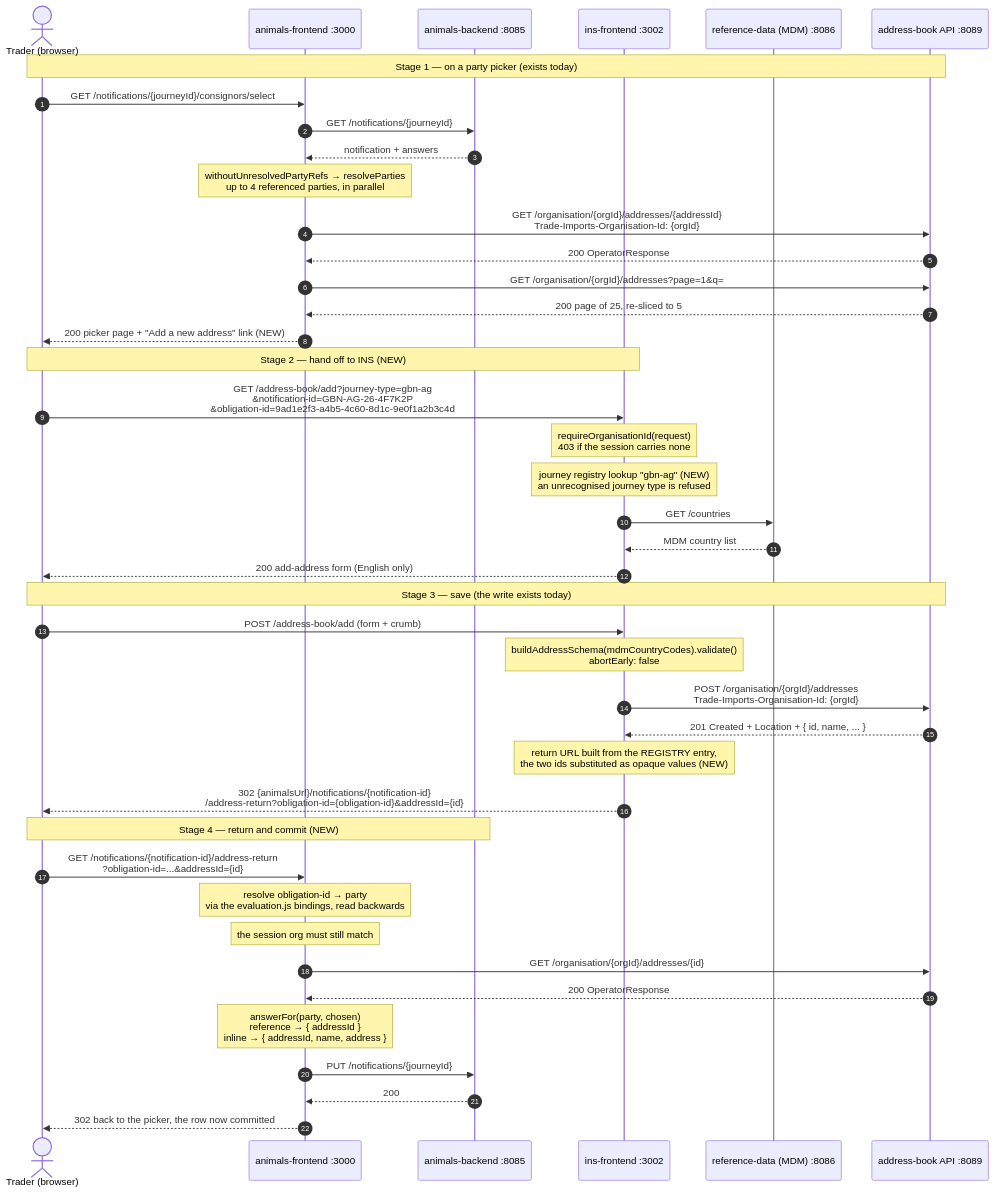
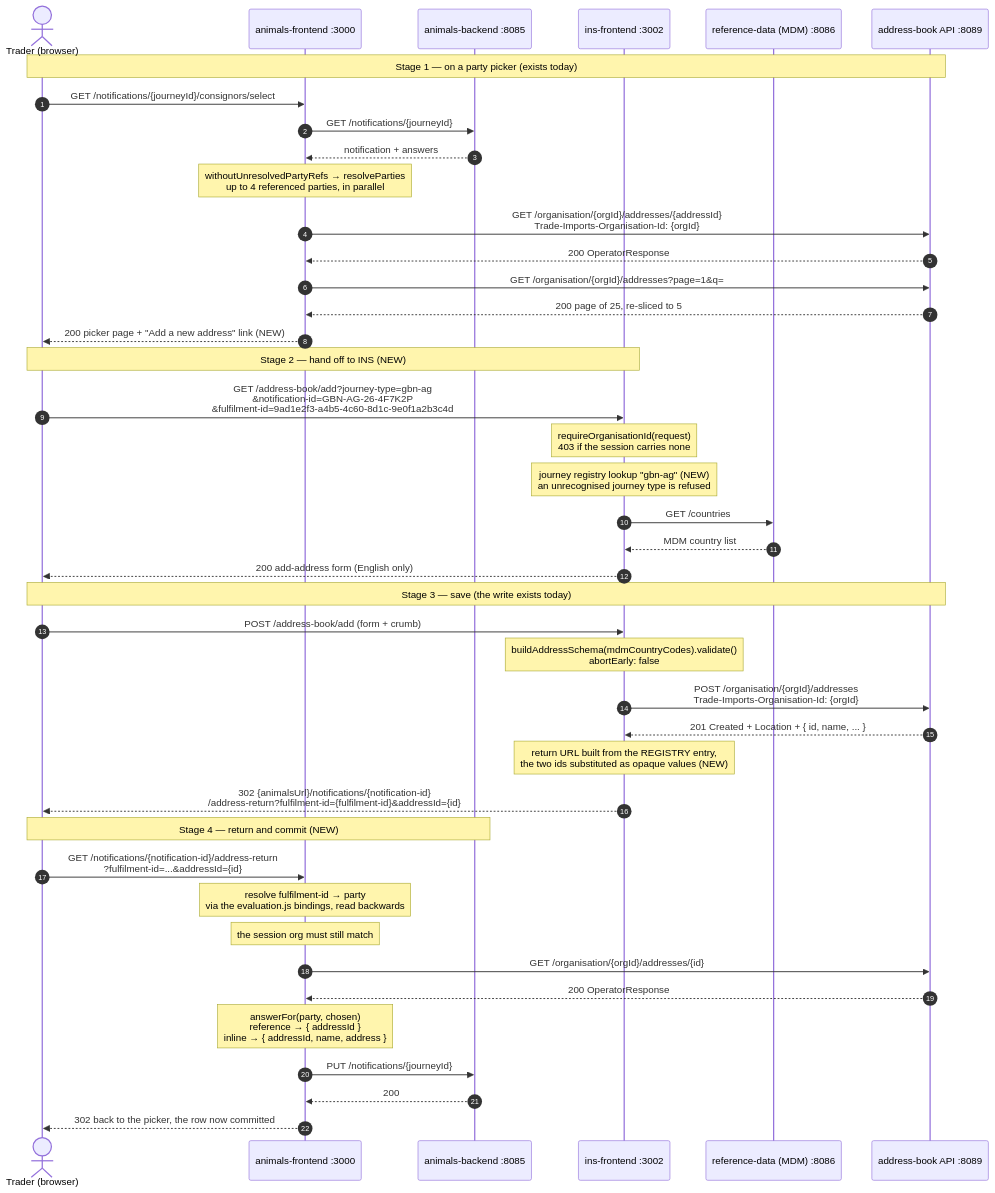
One commit to DEFRA/trade-imports-workspace changed the first of 3 diagrams in workareas/shared/eudpa-333-address-add-handshake/sequence.md. Above: the diagram before and after it, drawn with Mermaid. The commit also changed other lines of this file and 3 other files, not shown here.

First line of the commit message:
docs(EUDPA-333): the return parameter is fulfilment-id, not obligation-id

````diff
--- a/workareas/shared/eudpa-333-address-add-handshake/sequence.md
+++ b/workareas/shared/eudpa-333-address-add-handshake/sequence.md
@@ -16,48 +16,48 @@
 ```mermaid
 sequenceDiagram
     autonumber
     actor T as Trader (browser)
     participant A as animals-frontend :3000
     participant AB as animals-backend :8085
     participant I as ins-frontend :3002
     participant RD as reference-data (MDM) :8086
     participant BK as address-book API :8089
 
     Note over T,BK: Stage 1 — on a party picker (exists today)
     T->>A: GET /notifications/{journeyId}/consignors/select
     A->>AB: GET /notifications/{journeyId}
     AB-->>A: notification + answers
     Note over A: withoutUnresolvedPartyRefs → resolveParties<br/>up to 4 referenced parties, in parallel
     A->>BK: GET /organisation/{orgId}/addresses/{addressId}<br/>Trade-Imports-Organisation-Id: {orgId}
     BK-->>A: 200 OperatorResponse
     A->>BK: GET /organisation/{orgId}/addresses?page=1&q=
     BK-->>A: 200 page of 25, re-sliced to 5
     A-->>T: 200 picker page + "Add a new address" link (NEW)
 
     Note over T,I: Stage 2 — hand off to INS (NEW)
-    T->>I: GET /address-book/add?journey-type=gbn-ag<br/>&notification-id=GBN-AG-26-4F7K2P<br/>&obligation-id=9ad1e2f3-a4b5-4c60-8d1c-9e0f1a2b3c4d
+    T->>I: GET /address-book/add?journey-type=gbn-ag<br/>&notification-id=GBN-AG-26-4F7K2P<br/>&fulfilment-id=9ad1e2f3-a4b5-4c60-8d1c-9e0f1a2b3c4d
     Note over I: requireOrganisationId(request)<br/>403 if the session carries none
     Note over I: journey registry lookup "gbn-ag" (NEW)<br/>an unrecognised journey type is refused
     I->>RD: GET /countries
     RD-->>I: MDM country list
     I-->>T: 200 add-address form (English only)
 
     Note over T,BK: Stage 3 — save (the write exists today)
     T->>I: POST /address-book/add (form + crumb)
     Note over I: buildAddressSchema(mdmCountryCodes).validate()<br/>abortEarly: false
     I->>BK: POST /organisation/{orgId}/addresses<br/>Trade-Imports-Organisation-Id: {orgId}
     BK-->>I: 201 Created + Location + { id, name, ... }
     Note over I: return URL built from the REGISTRY entry,<br/>the two ids substituted as opaque values (NEW)
-    I-->>T: 302 {animalsUrl}/notifications/{notification-id}<br/>/address-return?obligation-id={obligation-id}&addressId={id}
+    I-->>T: 302 {animalsUrl}/notifications/{notification-id}<br/>/address-return?fulfilment-id={fulfilment-id}&addressId={id}
 
     Note over T,AB: Stage 4 — return and commit (NEW)
-    T->>A: GET /notifications/{notification-id}/address-return<br/>?obligation-id=...&addressId={id}
-    Note over A: resolve obligation-id → party<br/>via the evaluation.js bindings, read backwards
+    T->>A: GET /notifications/{notification-id}/address-return<br/>?fulfilment-id=...&addressId={id}
+    Note over A: resolve fulfilment-id → party<br/>via the evaluation.js bindings, read backwards
     Note over A: the session org must still match
     A->>BK: GET /organisation/{orgId}/addresses/{id}
     BK-->>A: 200 OperatorResponse
     Note over A: answerFor(party, chosen)<br/>reference → { addressId }<br/>inline → { addressId, name, address }
     A->>AB: PUT /notifications/{journeyId}
     AB-->>A: 200
     A-->>T: 302 back to the picker, the row now committed
 ```
````
